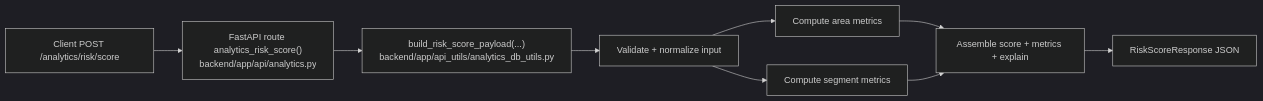
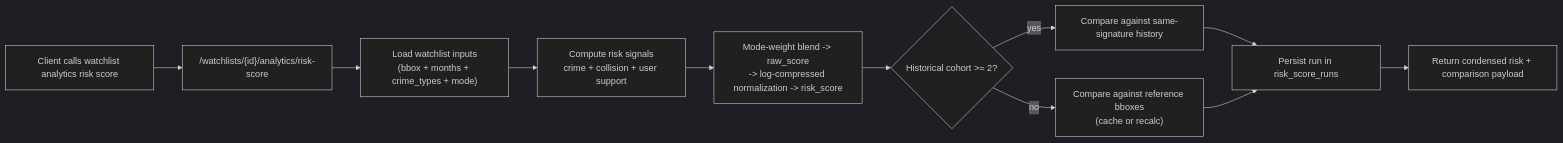
Before and after one commit to AdilAabideen/UrbanSafetyAnalyticsAPI: the diagram in docs/analytics-risk-score-api-diagrams.md, drawn with Mermaid (dark theme). The commit also changed other lines of this file and 10 other files, not shown here.

Commit message:
Watchlist Analytics Done

````diff
--- a/docs/analytics-risk-score-api-diagrams.md
+++ b/docs/analytics-risk-score-api-diagrams.md
@@ -12,11 +16,13 @@
 ```mermaid
 flowchart LR
-    A["Client POST /analytics/risk/score"] --> B["FastAPI route analytics_risk_score()\nbackend/app/api/analytics.py"]
-    B --> C["build_risk_score_payload(...)\nbackend/app/api_utils/analytics_db_utils.py"]
-    C --> D["Validate + normalize input"]
-    D --> E["Compute area metrics"]
-    D --> F["Compute segment metrics"]
-    E --> G["Assemble score + metrics + explain"]
-    F --> G
-    G --> H["RiskScoreResponse JSON"]
+    A["Client calls watchlist analytics risk score"] --> B["/watchlists/{id}/analytics/risk-score"]
+    B --> C["Load watchlist inputs\n(bbox + months + crime_types + mode)"]
+    C --> D["Compute risk signals\ncrime + collision + user support"]
+    D --> E["Mode-weight blend -> raw_score\n-> log-compressed normalization -> risk_score"]
+    E --> F{"Historical cohort >= 2?"}
+    F -- yes --> G["Compare against same-signature history"]
+    F -- no --> H["Compare against reference bboxes\n(cache or recalc)"]
+    G --> I["Persist run in risk_score_runs"]
+    H --> I
+    I --> J["Return condensed risk + comparison payload"]
 ```
````
